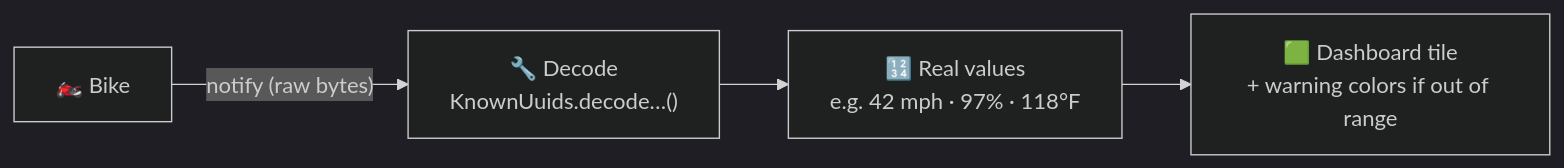
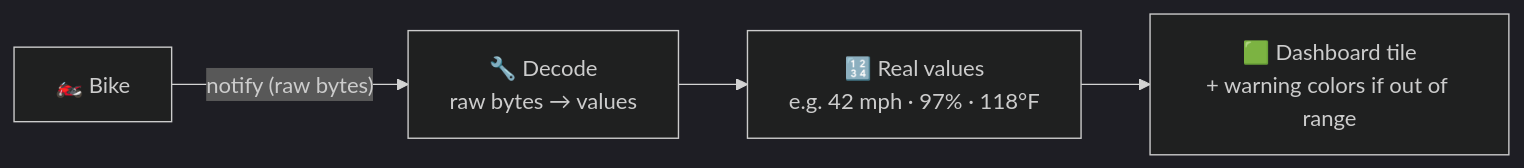
One commit to chadware-software/WolfPackDash-Docs changed the fourth of 10 diagrams in docs/PROCESS_FLOW.md. Above: the diagram before and after it, drawn with Mermaid (dark theme). The commit also changed other lines of this file and 2 other files, not shown here.

````diff
--- a/docs/PROCESS_FLOW.md
+++ b/docs/PROCESS_FLOW.md
@@ -137,6 +135,6 @@
 ```mermaid
 flowchart LR
-    BIKE["🏍️ Bike"] -->|"notify (raw bytes)"| DEC["🔧 Decode<br/>KnownUuids.decode…()"]
+    BIKE["🏍️ Bike"] -->|"notify (raw bytes)"| DEC["🔧 Decode<br/>raw bytes → values"]
     DEC --> NUM["🔢 Real values<br/>e.g. 42 mph · 97% · 118°F"]
     NUM --> TILE["🟩 Dashboard tile<br/>+ warning colors if out of range"]
 ```
````
